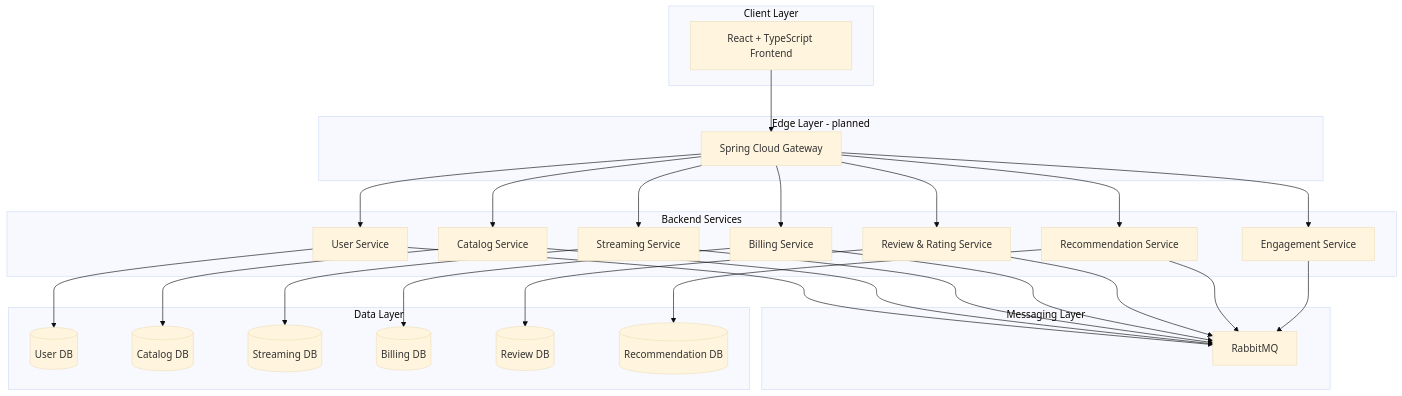
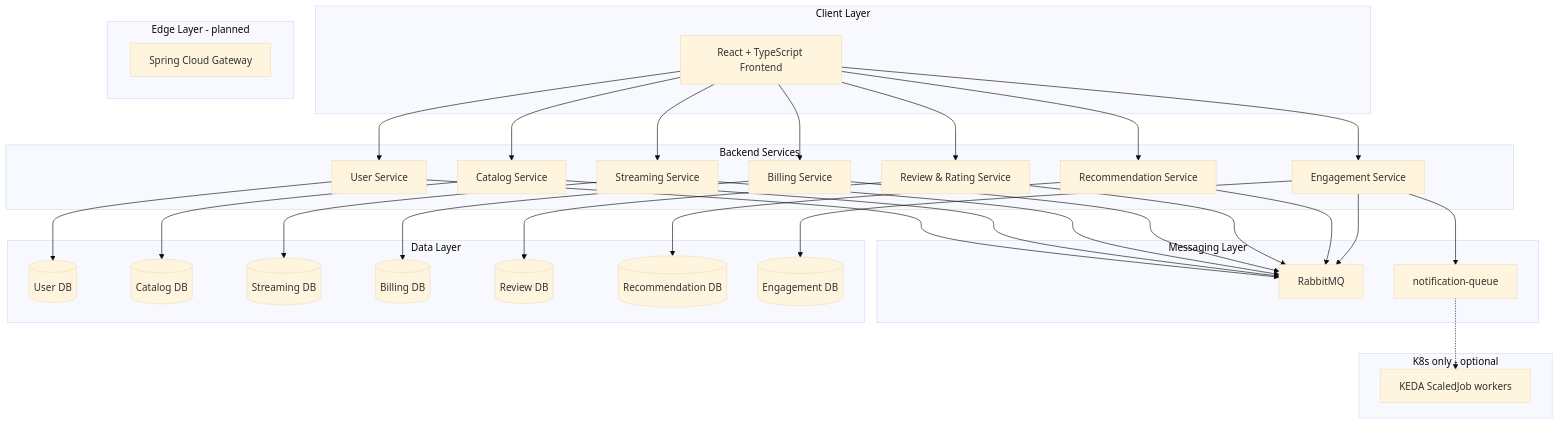
Before and after one commit to GruppeNice/DLS_Exam: the diagram in docs/PROJECT_RUNBOOK.md, drawn with Mermaid (base theme). The commit also changed other lines of this file and 1 other file, not shown here.

````diff
--- a/docs/PROJECT_RUNBOOK.md
+++ b/docs/PROJECT_RUNBOOK.md
@@ -18,57 +18,65 @@
 ```mermaid
 flowchart TB
     subgraph client [Client Layer]
         FE[React + TypeScript Frontend]
     end
 
     subgraph edge [Edge Layer - planned]
         GW[Spring Cloud Gateway]
     end
 
     subgraph services [Backend Services]
         US[User Service]
         CS[Catalog Service]
         SS[Streaming Service]
         BS[Billing Service]
         RS[Review & Rating Service]
         REC[Recommendation Service]
         ES[Engagement Service]
     end
 
     subgraph messaging [Messaging Layer]
         MQ[RabbitMQ]
+        NQ[notification-queue]
     end
 
     subgraph data [Data Layer]
         DBU[(User DB)]
         DBC[(Catalog DB)]
         DBS[(Streaming DB)]
         DBB[(Billing DB)]
         DBR[(Review DB)]
         DBREC[(Recommendation DB)]
+        DBE[(Engagement DB)]
     end
 
-    FE --> GW
-    GW --> US
-    GW --> CS
-    GW --> SS
-    GW --> BS
-    GW --> RS
-    GW --> REC
-    GW --> ES
+    subgraph k8s_workers [K8s only - optional]
+        KEDA[KEDA ScaledJob workers]
+    end
+
+    FE --> US
+    FE --> CS
+    FE --> SS
+    FE --> BS
+    FE --> RS
+    FE --> REC
+    FE --> ES
 
     US --> DBU
     CS --> DBC
     SS --> DBS
     BS --> DBB
     RS --> DBR
     REC --> DBREC
+    ES --> DBE
 
     US --> MQ
     CS --> MQ
     SS --> MQ
     BS --> MQ
     RS --> MQ
     REC --> MQ
     ES --> MQ
+    ES --> NQ
+    NQ -.-> KEDA
 ```
````
